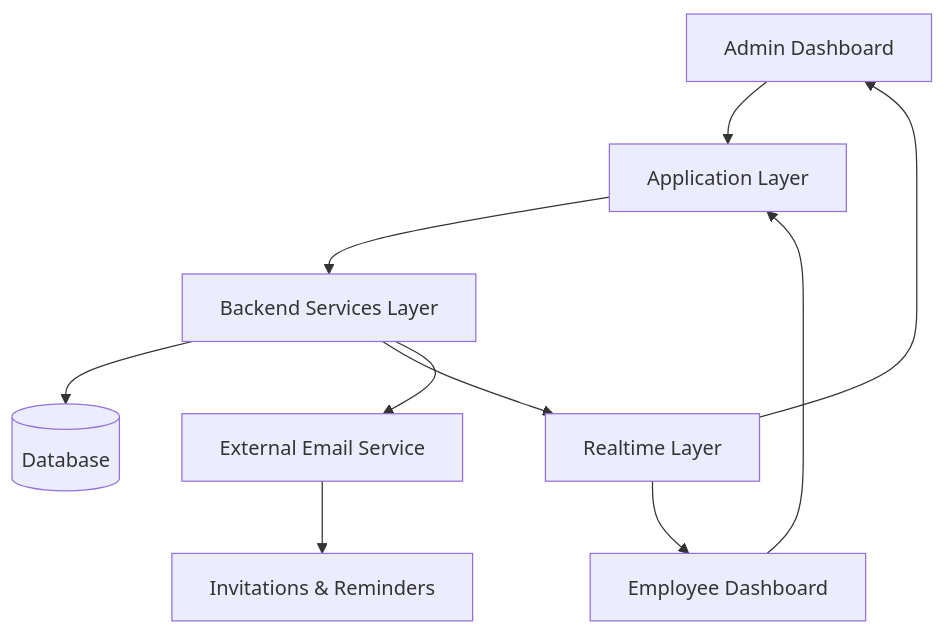
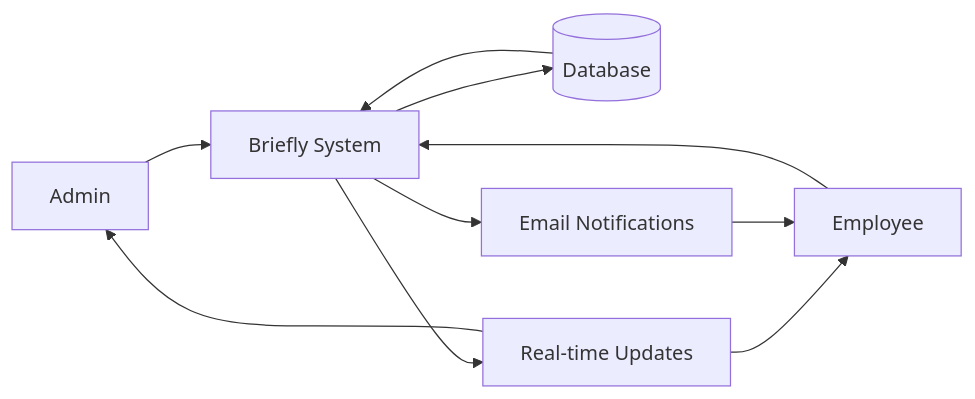
The diagram in briefly/case-study.md (realAbdullah4504/realAbdullah4504.github.io), drawn with Mermaid before and after one commit. The commit also changed other lines of this file and 1 other file, not shown here.

Commit message:
done the case study for briefly

````diff
--- a/briefly/case-study.md
+++ b/briefly/case-study.md
@@ -45,12 +35,15 @@
 ```mermaid
-graph TD
-    A[Admin Dashboard] --> B[Application Layer]
-    C[Employee Dashboard] --> B
-    B --> D[Backend Services Layer]
-    D --> E[(Database)]
-    D --> F[Realtime Layer]
-    F --> A
-    F --> C
-    D --> G[External Email Service]
-    G --> H[Invitations & Reminders]
+flowchart LR
+
+    Admin[Admin] --> App[Briefly System]
+    Employee[Employee] --> App
+
+    App --> DB[(Database)]
+    App --> Email[Email Notifications]
+    App --> Realtime[Real-time Updates]
+
+    DB --> App
+    Realtime --> Admin
+    Realtime --> Employee
+    Email --> Employee
 ```
````
